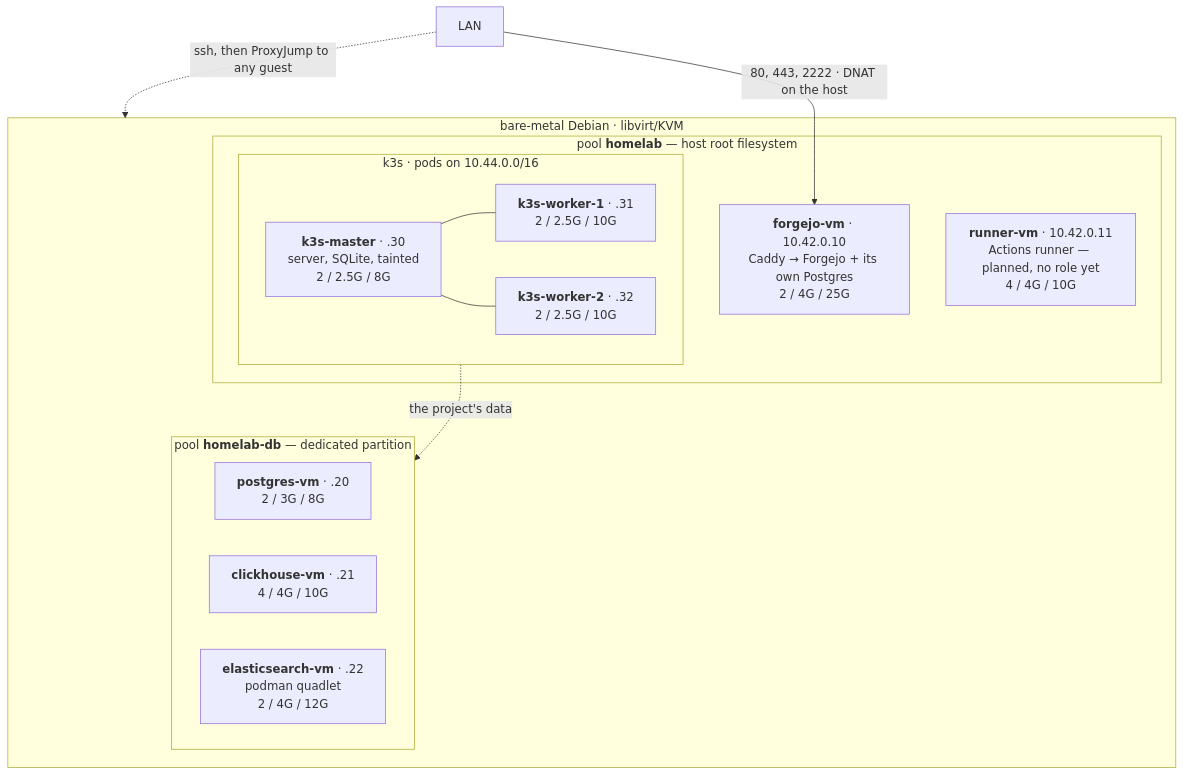
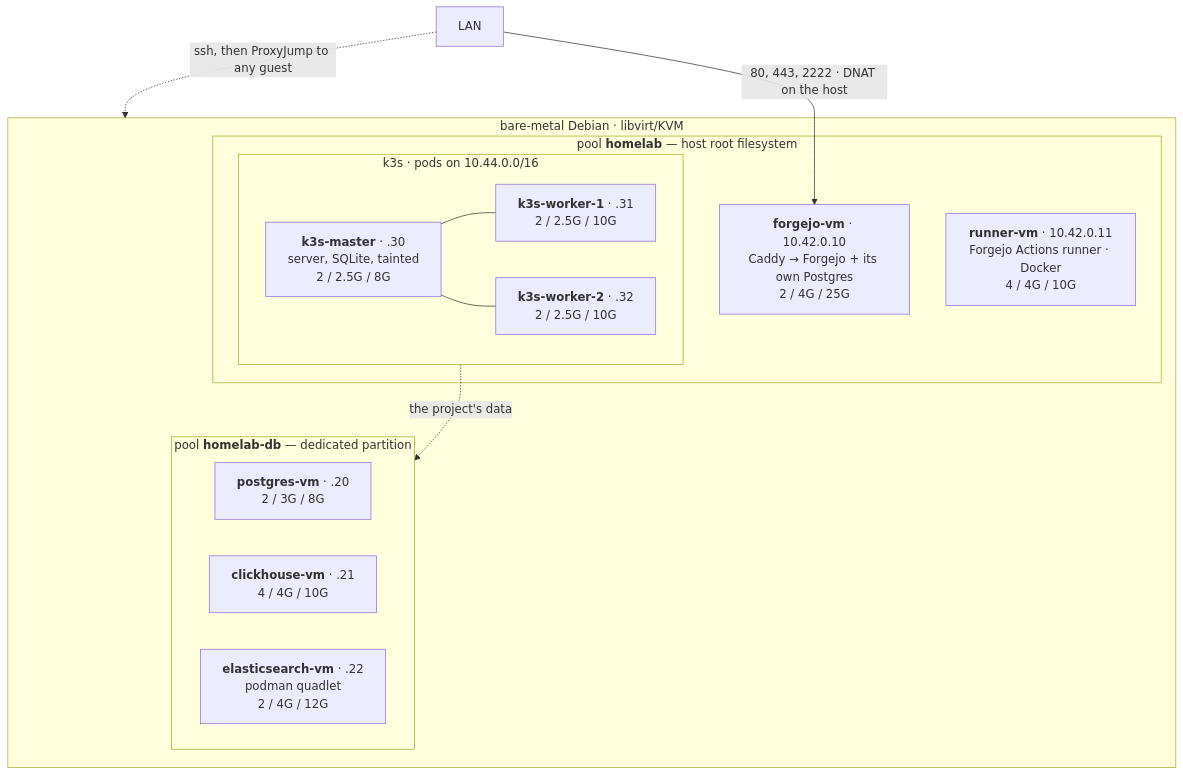
One commit to CLEVER1337/clever-homelab changed the first of 2 diagrams in README.md. Above: the diagram before and after it, drawn with Mermaid. The commit also changed other lines of this file and 1 other file, not shown here.

Commit message:
docs: readme section on the runner, its labels and where a stuck job shows up

````diff
--- a/README.md
+++ b/README.md
@@ -13,29 +14,29 @@
 ```mermaid
 flowchart TB
     LAN["LAN"]
 
     subgraph HOST["bare-metal Debian · libvirt/KVM"]
         subgraph POOL1["pool <b>homelab</b> — host root filesystem"]
             FORGEJO["<b>forgejo-vm</b> · 10.42.0.10<br/>Caddy → Forgejo + its own Postgres<br/>2 / 4G / 25G"]
-            RUNNER["<b>runner-vm</b> · 10.42.0.11<br/>Actions runner — planned, no role yet<br/>4 / 4G / 10G"]
+            RUNNER["<b>runner-vm</b> · 10.42.0.11<br/>Forgejo Actions runner · Docker<br/>4 / 4G / 10G"]
 
             subgraph K3S["k3s · pods on 10.44.0.0/16"]
                 MASTER["<b>k3s-master</b> · .30<br/>server, SQLite, tainted<br/>2 / 2.5G / 8G"]
                 W1["<b>k3s-worker-1</b> · .31<br/>2 / 2.5G / 10G"]
                 W2["<b>k3s-worker-2</b> · .32<br/>2 / 2.5G / 10G"]
             end
         end
 
         subgraph POOL2["pool <b>homelab-db</b> — dedicated partition"]
             PG["<b>postgres-vm</b> · .20<br/>2 / 3G / 8G"]
             CH["<b>clickhouse-vm</b> · .21<br/>4 / 4G / 10G"]
             ES["<b>elasticsearch-vm</b> · .22<br/>podman quadlet<br/>2 / 4G / 12G"]
         end
     end
 
     LAN -->|"80, 443, 2222 · DNAT on the host"| FORGEJO
     LAN -.->|"ssh, then ProxyJump to any guest"| HOST
     MASTER --- W1
     MASTER --- W2
     K3S -.->|"the project's data"| POOL2
 ```
````
